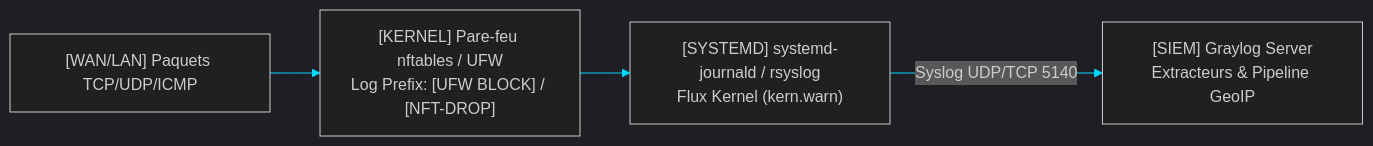
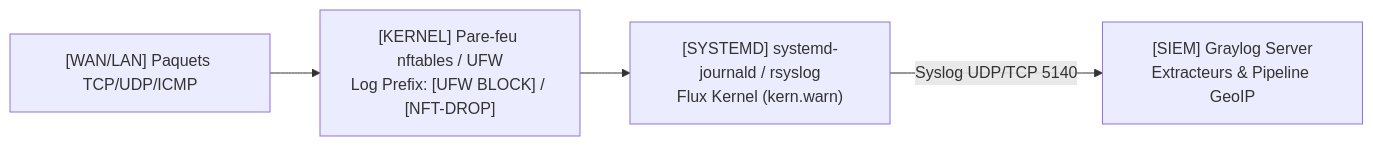
The diagram in GRAYLOG-SUPERVISION-CONNEXIONS-PARE-FEU-NFTABLES-UFW.md (0xCyberLiTech/Graylog), drawn with Mermaid before and after one commit.

Commit message:
feat(wireframe-hud): Règle 23 — 100% icônes fil de fer, tutos Debian 13/14 & gardiens Niveau 4+

````diff
--- a/GRAYLOG-SUPERVISION-CONNEXIONS-PARE-FEU-NFTABLES-UFW.md
+++ b/GRAYLOG-SUPERVISION-CONNEXIONS-PARE-FEU-NFTABLES-UFW.md
@@ -71,7 +71,6 @@
 ```mermaid
-%%{init: {'theme': 'dark', 'themeVariables': { 'primaryColor': '#091326', 'primaryTextColor': '#f8fafc', 'primaryBorderColor': '#00d9ff', 'lineColor': '#00d9ff'}}}%%
 flowchart LR
     NET["[WAN/LAN] Paquets TCP/UDP/ICMP"] --> NFT["[KERNEL] Pare-feu nftables / UFW<br/>Log Prefix: [UFW BLOCK] / [NFT-DROP]"]
     NFT --> JOURNAL["[SYSTEMD] systemd-journald / rsyslog<br/>Flux Kernel (kern.warn)"]
     JOURNAL -->|"Syslog UDP/TCP 5140"| GRAYLOG["[SIEM] Graylog Server<br/>Extracteurs & Pipeline GeoIP"]
 ```
````
